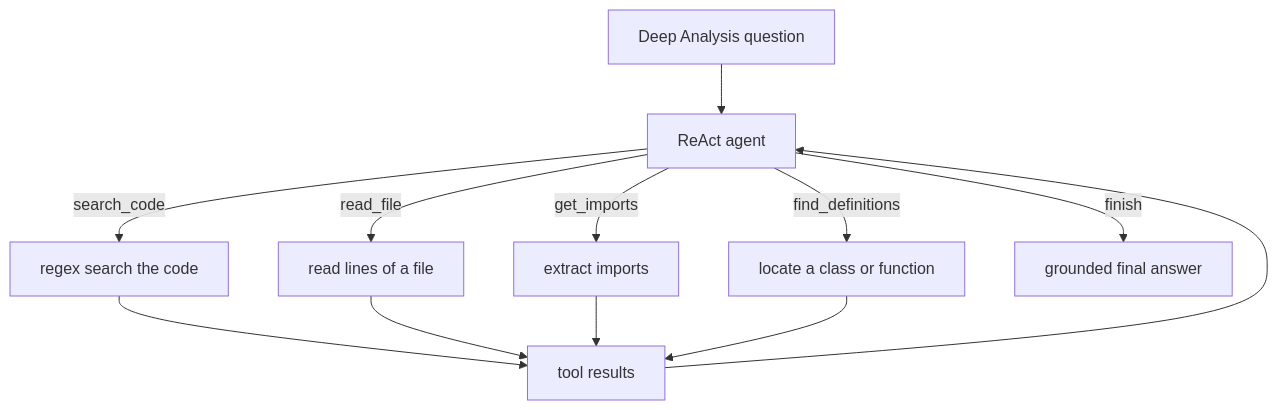
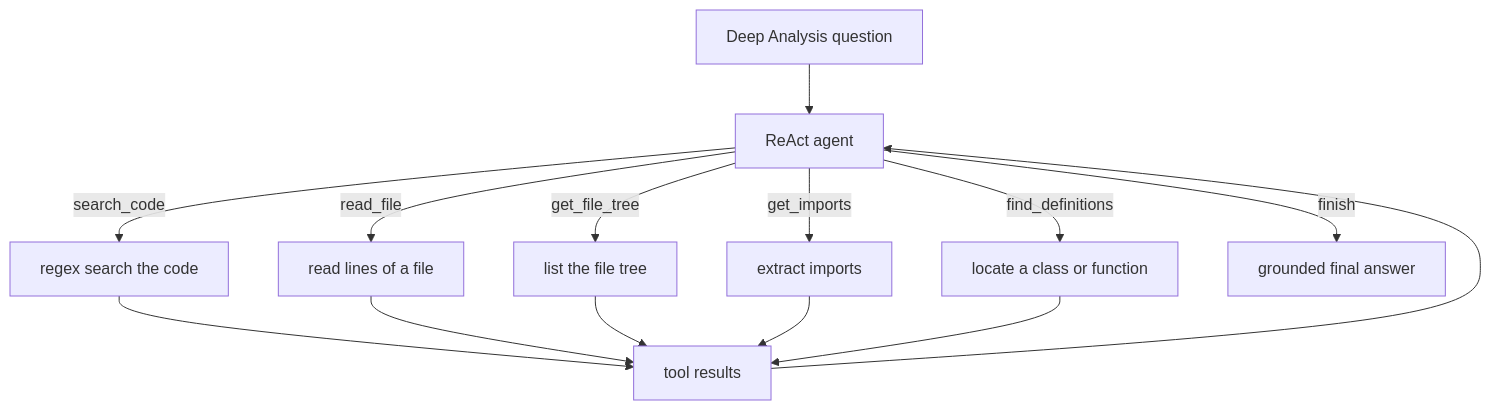
Before and after one commit to zakisserious/codebase-qa: the fourth of 4 diagrams in README.md, drawn with Mermaid. The commit also changed other lines of this file, not shown here.

````diff
--- a/README.md
+++ b/README.md
@@ -459,14 +658,16 @@
 ```mermaid
 flowchart TD
     Q["Deep Analysis question"] --> AG["ReAct agent"]
     AG -->|search_code| T1["regex search the code"]
     AG -->|read_file| T2["read lines of a file"]
-    AG -->|get_imports| T3["extract imports"]
-    AG -->|find_definitions| T4["locate a class or function"]
+    AG -->|get_file_tree| T3["list the file tree"]
+    AG -->|get_imports| T4["extract imports"]
+    AG -->|find_definitions| T5["locate a class or function"]
     T1 --> RES["tool results"]
     T2 --> RES
     T3 --> RES
     T4 --> RES
+    T5 --> RES
     RES --> AG
     AG -->|finish| ANS["grounded final answer"]
 ```
````
